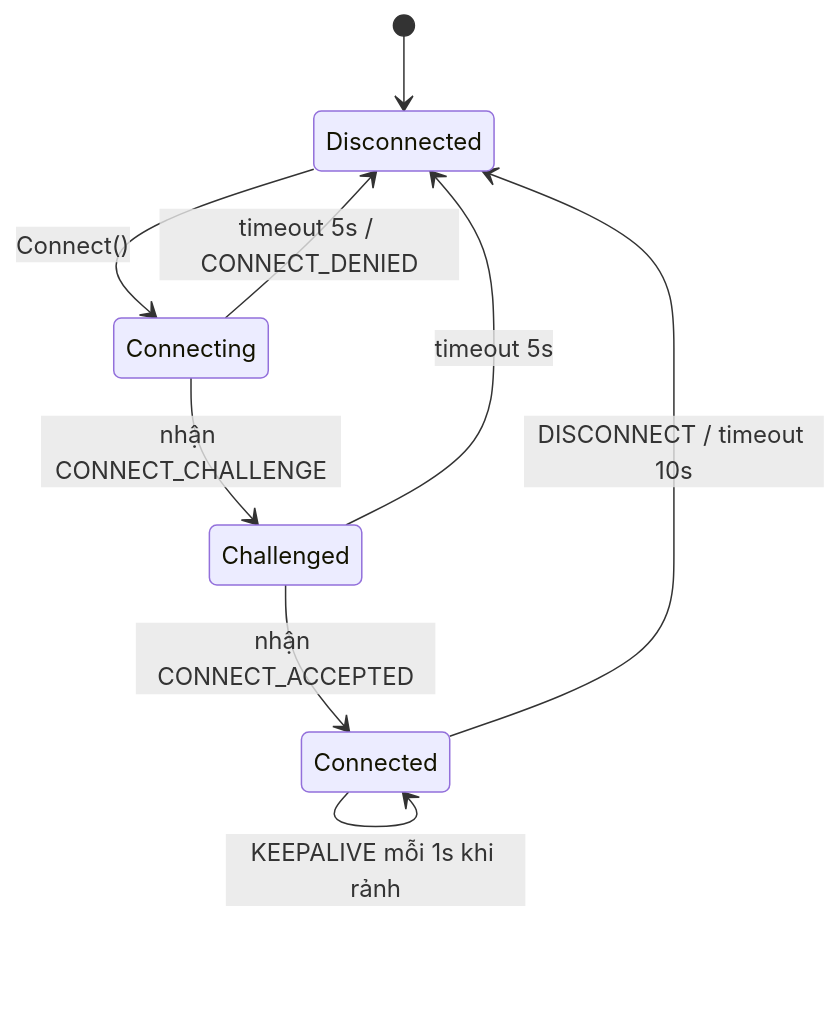
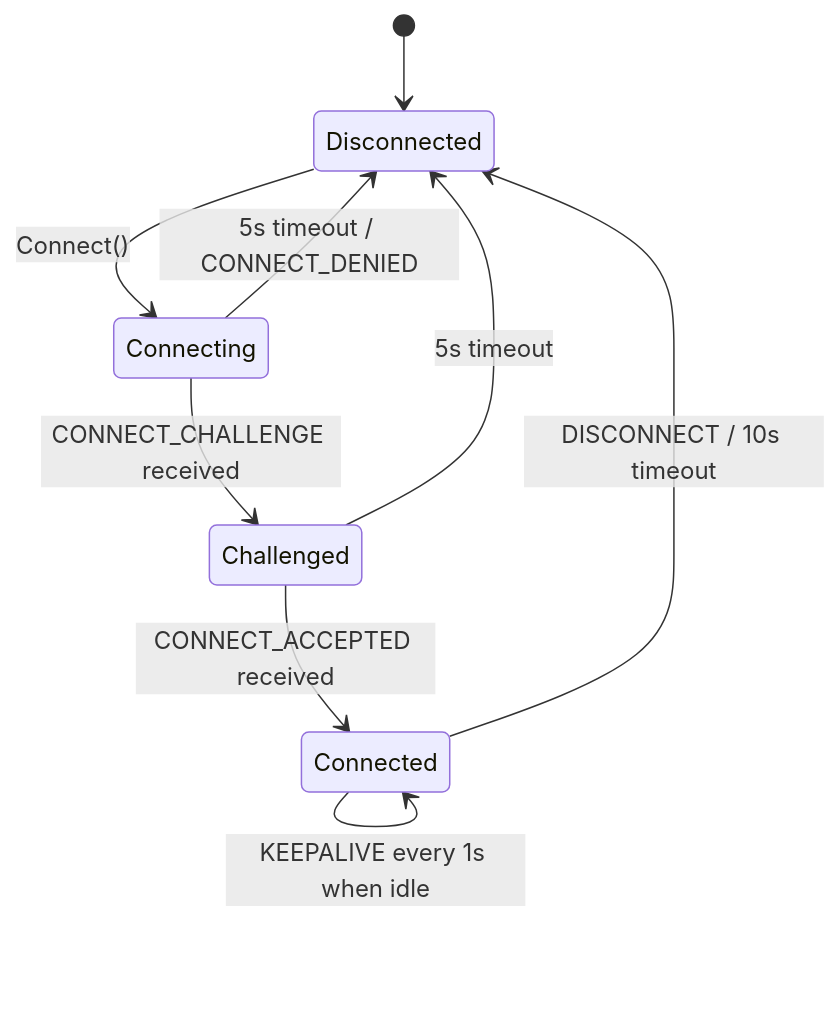
One commit to Nghaiz/LTM changed the third of 3 diagrams in plans/00-shared/protocol-spec.md. Above: the diagram before and after it, drawn with Mermaid. The commit also changed other lines of this file and 34 other files, not shown here.

````diff
--- a/plans/00-shared/protocol-spec.md
+++ b/plans/00-shared/protocol-spec.md
@@ -534,11 +540,11 @@
 ```mermaid
 stateDiagram-v2
     [*] --> Disconnected
     Disconnected --> Connecting: Connect()
-    Connecting --> Challenged: nhận CONNECT_CHALLENGE
-    Challenged --> Connected: nhận CONNECT_ACCEPTED
-    Connecting --> Disconnected: timeout 5s / CONNECT_DENIED
-    Challenged --> Disconnected: timeout 5s
-    Connected --> Disconnected: DISCONNECT / timeout 10s
-    Connected --> Connected: KEEPALIVE mỗi 1s khi rảnh
+    Connecting --> Challenged: CONNECT_CHALLENGE received
+    Challenged --> Connected: CONNECT_ACCEPTED received
+    Connecting --> Disconnected: 5s timeout / CONNECT_DENIED
+    Challenged --> Disconnected: 5s timeout
+    Connected --> Disconnected: DISCONNECT / 10s timeout
+    Connected --> Connected: KEEPALIVE every 1s when idle
 ```
````
